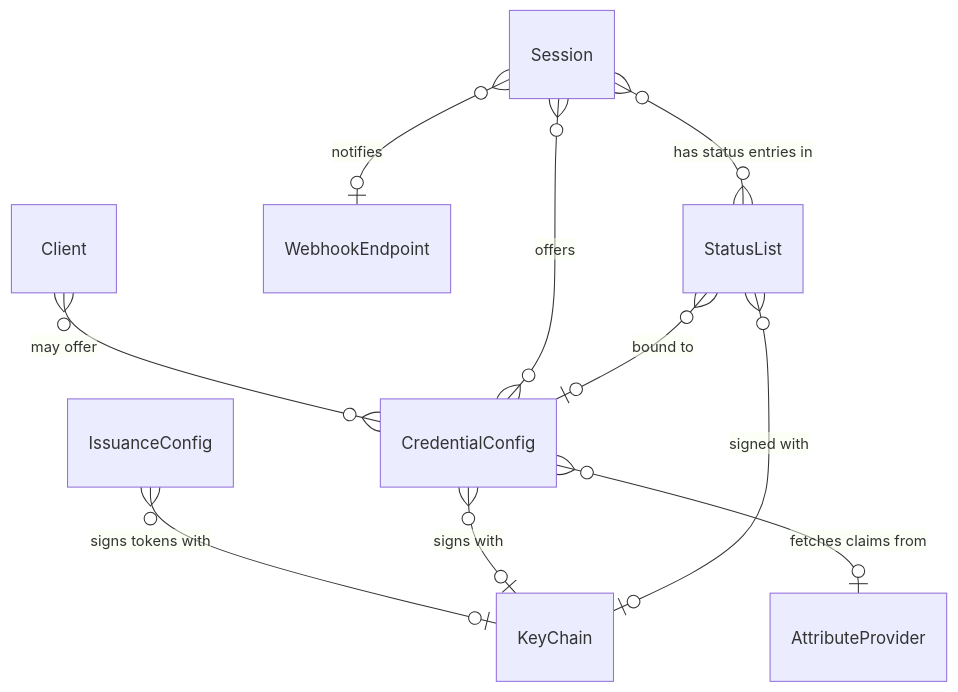
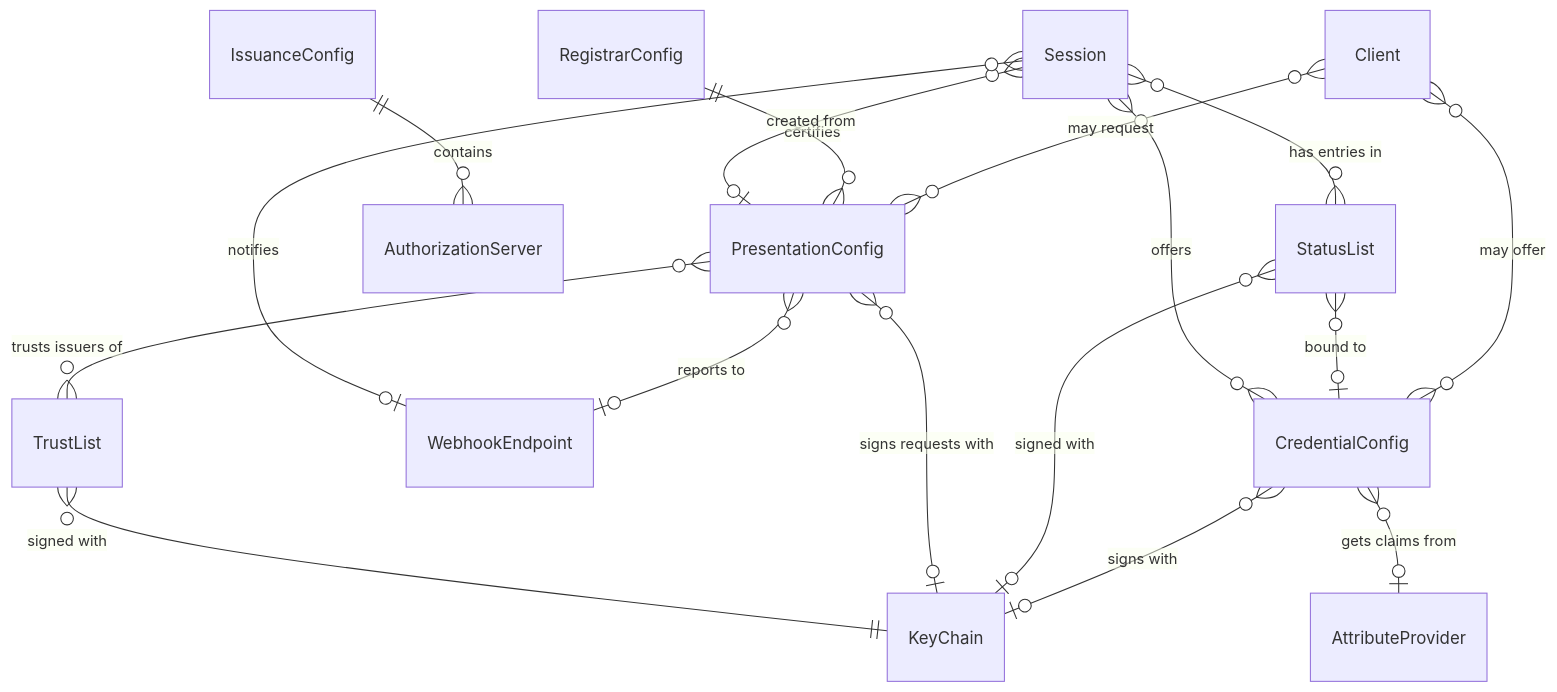
One commit to EUDIPLO/eudiplo changed the second of 2 diagrams in apps/docs/docs/concepts/index.md. Above: the diagram before and after it, drawn with Mermaid. The commit also changed other lines of this file and 8 other files, not shown here.

````diff
--- a/apps/docs/docs/concepts/index.md
+++ b/apps/docs/docs/concepts/index.md
@@ -192,12 +73,19 @@
 ```mermaid
 erDiagram
     Client }o--o{ CredentialConfig : "may offer"
+    Client }o--o{ PresentationConfig : "may request"
+    IssuanceConfig ||--o{ AuthorizationServer : contains
+    CredentialConfig }o--o| KeyChain : "signs with"
+    CredentialConfig }o--o| AttributeProvider : "gets claims from"
+    StatusList }o--o| CredentialConfig : "bound to"
+    StatusList }o--o| KeyChain : "signed with"
+    PresentationConfig }o--o| KeyChain : "signs requests with"
+    PresentationConfig }o--o| WebhookEndpoint : "reports to"
+    PresentationConfig }o--o{ TrustList : "trusts issuers of"
+    TrustList }o--|| KeyChain : "signed with"
+    RegistrarConfig ||--o{ PresentationConfig : "certifies"
     Session }o--o{ CredentialConfig : offers
-    IssuanceConfig }o--o| KeyChain : "signs tokens with"
-    CredentialConfig }o--o| KeyChain : "signs with"
-    CredentialConfig }o--o| AttributeProvider : "fetches claims from"
+    Session }o--o| PresentationConfig : "created from"
     Session }o--o| WebhookEndpoint : notifies
-    StatusList }o--o| CredentialConfig : "bound to"
-    Session }o--o{ StatusList : "has status entries in"
-    StatusList }o--o| KeyChain : "signed with"
+    Session }o--o{ StatusList : "has entries in"
 ```
````
